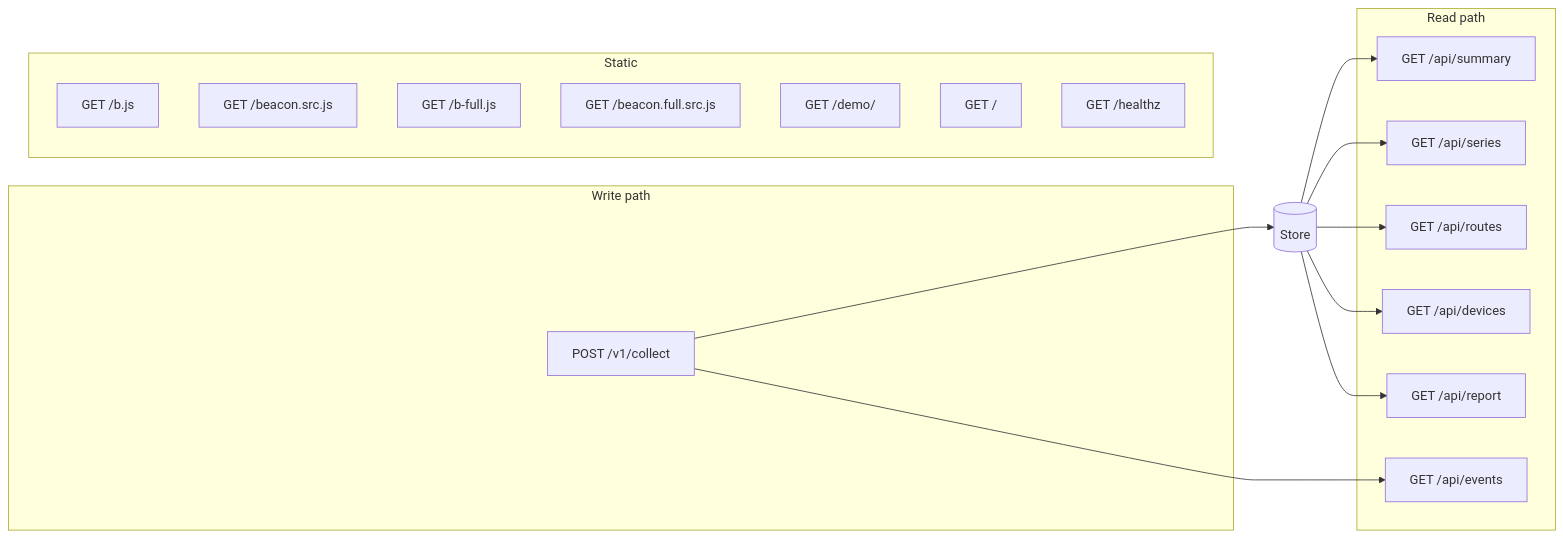
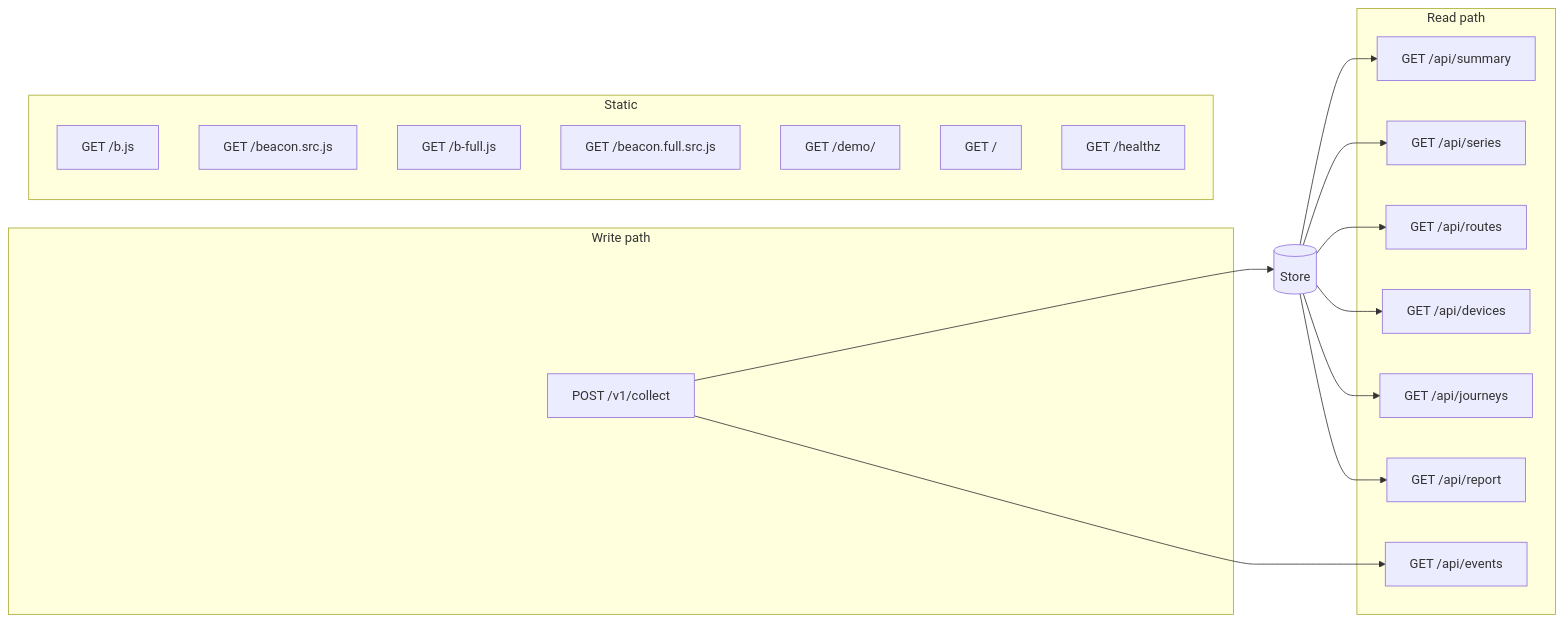
The diagram in docs/api.md (ikeshavvarshney/vitals), drawn with Mermaid before and after one commit. The commit also changed 6 other files, not shown here.

````diff
--- a/docs/api.md
+++ b/docs/api.md
@@ -29,31 +29,33 @@
 ```mermaid
 flowchart LR
     subgraph write["Write path"]
         collect["POST /v1/collect"]
     end
     subgraph read["Read path"]
         summary["GET /api/summary"]
         series["GET /api/series"]
         routes["GET /api/routes"]
         devices["GET /api/devices"]
+        journeys["GET /api/journeys"]
         report["GET /api/report"]
         events["GET /api/events"]
     end
     subgraph assets["Static"]
         bjs["GET /b.js"]
         src["GET /beacon.src.js"]
         bfull["GET /b-full.js"]
         fsrc["GET /beacon.full.src.js"]
         demo["GET /demo/"]
         root["GET /"]
         health["GET /healthz"]
     end
 
     collect --> store[("Store")]
     store --> summary
     store --> series
     store --> routes
     store --> devices
+    store --> journeys
     store --> report
     collect --> events
 ```
````
